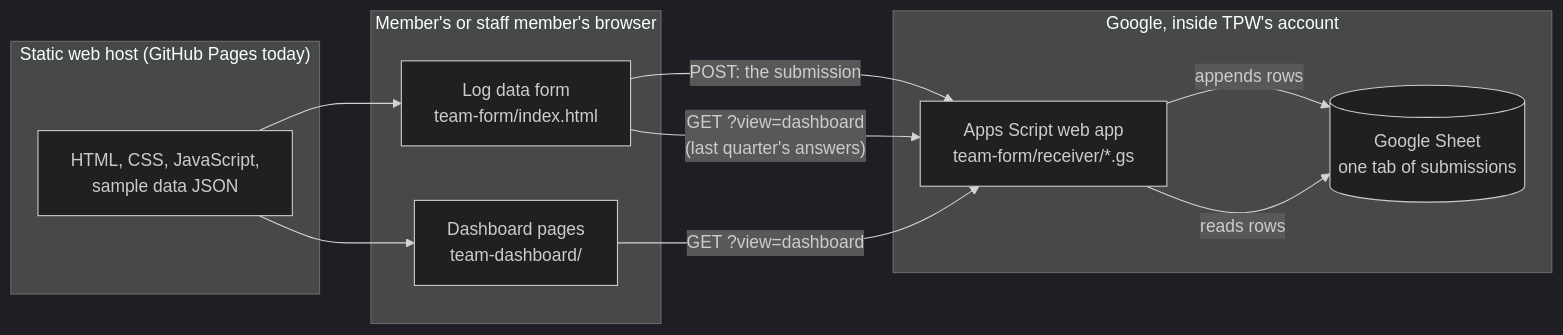
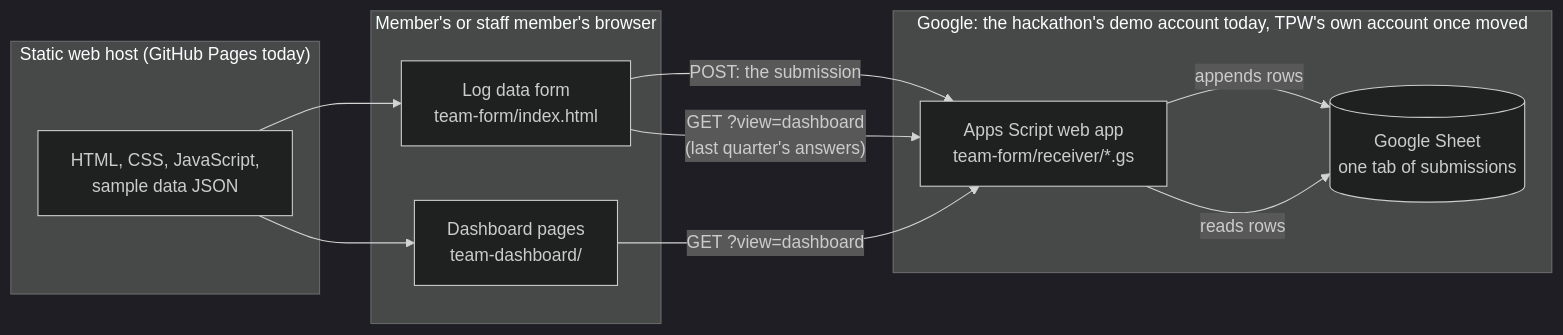
One commit to Avery2/tpw-hackathon changed the diagram in docs/technical-guide.md. Above: the diagram before and after it, drawn with Mermaid (dark theme). The commit also changed other lines of this file and 3 other files, not shown here.

First line of the commit message:
docs: say where the tool runs today, including the demo Google account

````diff
--- a/docs/technical-guide.md
+++ b/docs/technical-guide.md
@@ -33,21 +33,21 @@
 ```mermaid
 flowchart LR
   subgraph Browser["Member's or staff member's browser"]
     Form["Log data form<br/>team-form/index.html"]
     Dash["Dashboard pages<br/>team-dashboard/"]
   end
   subgraph Host["Static web host (GitHub Pages today)"]
     Files["HTML, CSS, JavaScript,<br/>sample data JSON"]
   end
-  subgraph Google["Google, inside TPW's account"]
+  subgraph Google["Google: the hackathon's demo account today, TPW's own account once moved"]
     Script["Apps Script web app<br/>team-form/receiver/*.gs"]
     Sheet[("Google Sheet<br/>one tab of submissions")]
   end
   Files --> Form
   Files --> Dash
   Form -- "POST: the submission" --> Script
   Script -- "appends rows" --> Sheet
   Dash -- "GET ?view=dashboard" --> Script
   Script -- "reads rows" --> Sheet
   Form -- "GET ?view=dashboard<br/>(last quarter's answers)" --> Script
 ```
````
